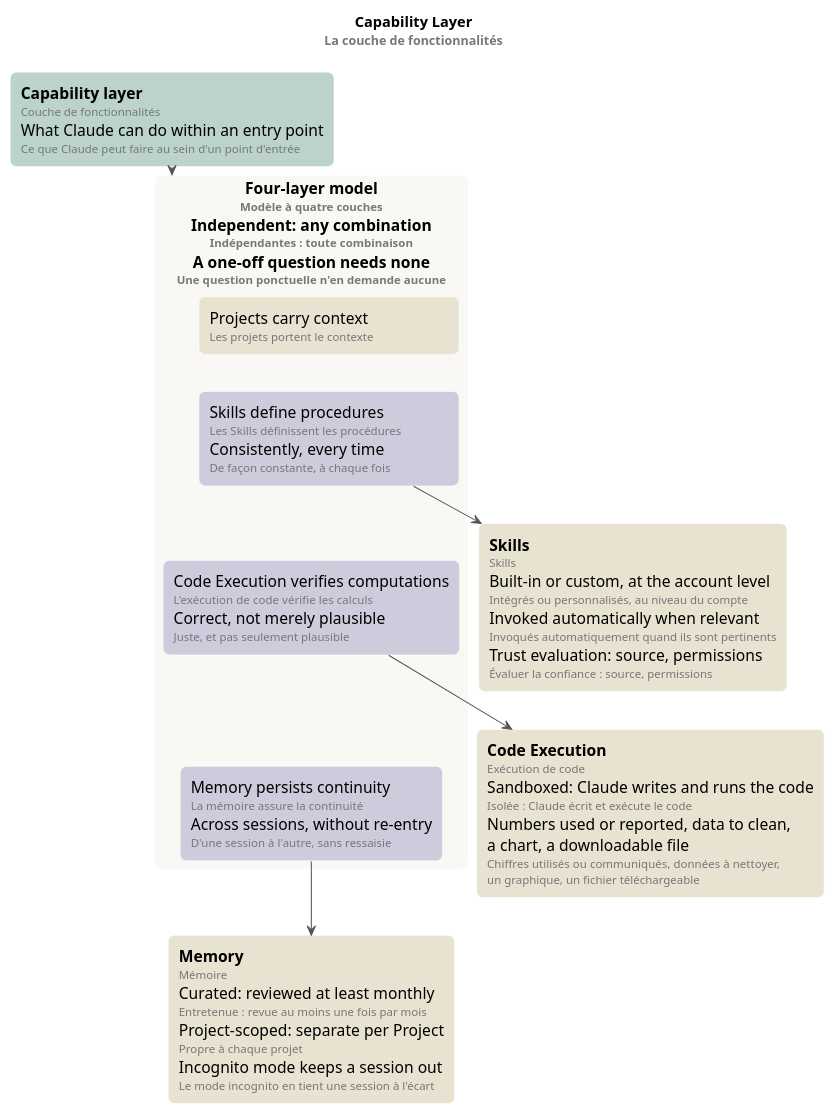
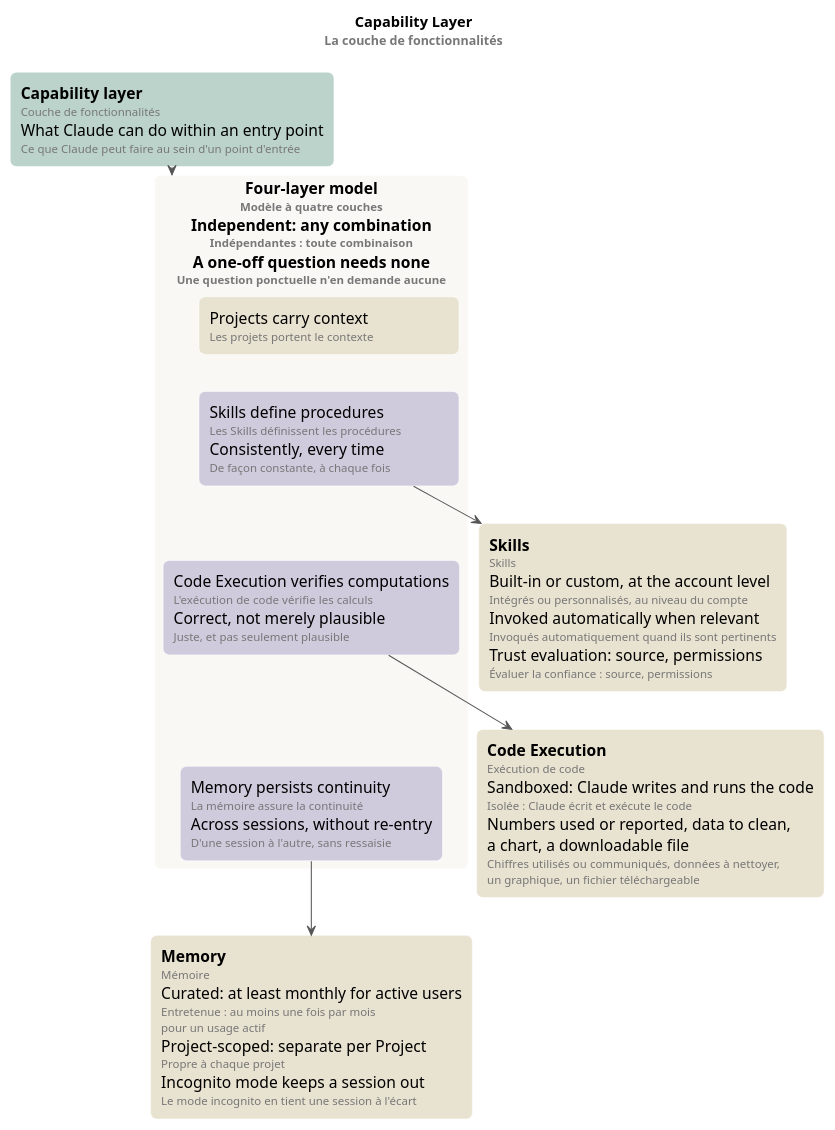
Before and after one commit to ltruchot/anthropic-academy-ai-glossary: the diagram in 03-claude-platform-and-model-foundations/mindmap/capability-layer.puml, drawn with PlantUML. The commit also changed 19 other files, not shown here.

```diff
--- a/03-claude-platform-and-model-foundations/mindmap/capability-layer.puml
+++ b/03-claude-platform-and-model-foundations/mindmap/capability-layer.puml
@@ -1,46 +1,46 @@
 @startuml capability-layer
 ' Render: java -jar plantuml.jar -tsvg capability-layer.puml (smetana: no Graphviz needed).
 !pragma layout smetana
 
 skinparam defaultFontName Helvetica
 skinparam shadowing false
 skinparam roundCorner 12
 skinparam ArrowColor #555555
 skinparam rectangle {
   BorderColor #FFFFFF
   FontSize 15
 }
 <style>
 rectangle {
   MinimumWidth 230
 }
 </style>
 
 title Capability Layer\n<size:12><color:#777>La couche de fonctionnalités</color></size>
 
 rectangle "**Capability layer**\n<size:11><color:#777>Couche de fonctionnalités</color></size>\nWhat Claude can do within an entry point\n<size:11><color:#777>Ce que Claude peut faire au sein d'un point d'entrée</color></size>" as CL #BCD3CB
 
 rectangle "**Four-layer model**\n<size:11><color:#777>Modèle à quatre couches</color></size>\nIndependent: any combination\n<size:11><color:#777>Indépendantes : toute combinaison</color></size>\nA one-off question needs none\n<size:11><color:#777>Une question ponctuelle n'en demande aucune</color></size>" as FL #F9F8F4 {
   rectangle "Projects carry context\n<size:11><color:#777>Les projets portent le contexte</color></size>" as PR #E8E2D0
   rectangle "Skills define procedures\n<size:11><color:#777>Les Skills définissent les procédures</color></size>\nConsistently, every time\n<size:11><color:#777>De façon constante, à chaque fois</color></size>" as SK #CFCBDD
   rectangle "Code Execution verifies computations\n<size:11><color:#777>L'exécution de code vérifie les calculs</color></size>\nCorrect, not merely plausible\n<size:11><color:#777>Juste, et pas seulement plausible</color></size>" as CE #CFCBDD
   rectangle "Memory persists continuity\n<size:11><color:#777>La mémoire assure la continuité</color></size>\nAcross sessions, without re-entry\n<size:11><color:#777>D'une session à l'autre, sans ressaisie</color></size>" as ME #CFCBDD
 }
 
 rectangle "**Skills**\n<size:11><color:#777>Skills</color></size>\nBuilt-in or custom, at the account level\n<size:11><color:#777>Intégrés ou personnalisés, au niveau du compte</color></size>\nInvoked automatically when relevant\n<size:11><color:#777>Invoqués automatiquement quand ils sont pertinents</color></size>\nTrust evaluation: source, permissions\n<size:11><color:#777>Évaluer la confiance : source, permissions</color></size>" as SKD #E8E2D0
 
 rectangle "**Code Execution**\n<size:11><color:#777>Exécution de code</color></size>\nSandboxed: Claude writes and runs the code\n<size:11><color:#777>Isolée : Claude écrit et exécute le code</color></size>\nNumbers used or reported, data to clean,\na chart, a downloadable file\n<size:11><color:#777>Chiffres utilisés ou communiqués, données à nettoyer,</color></size>\n<size:11><color:#777>un graphique, un fichier téléchargeable</color></size>" as CED #E8E2D0
 
-rectangle "**Memory**\n<size:11><color:#777>Mémoire</color></size>\nCurated: reviewed at least monthly\n<size:11><color:#777>Entretenue : revue au moins une fois par mois</color></size>\nProject-scoped: separate per Project\n<size:11><color:#777>Propre à chaque projet</color></size>\nIncognito mode keeps a session out\n<size:11><color:#777>Le mode incognito en tient une session à l'écart</color></size>" as MED #E8E2D0
+rectangle "**Memory**\n<size:11><color:#777>Mémoire</color></size>\nCurated: at least monthly for active users\n<size:11><color:#777>Entretenue : au moins une fois par mois</color></size>\n<size:11><color:#777>pour un usage actif</color></size>\nProject-scoped: separate per Project\n<size:11><color:#777>Propre à chaque projet</color></size>\nIncognito mode keeps a session out\n<size:11><color:#777>Le mode incognito en tient une session à l'écart</color></size>" as MED #E8E2D0
 
 ' The course's order, top to bottom.
 PR -[hidden]down- SK
 SK -[hidden]down- CE
 CE -[hidden]down- ME
 
 CL --> FL
 SK --> SKD
 CE --> CED
 ME --> MED
 
 @enduml
```
